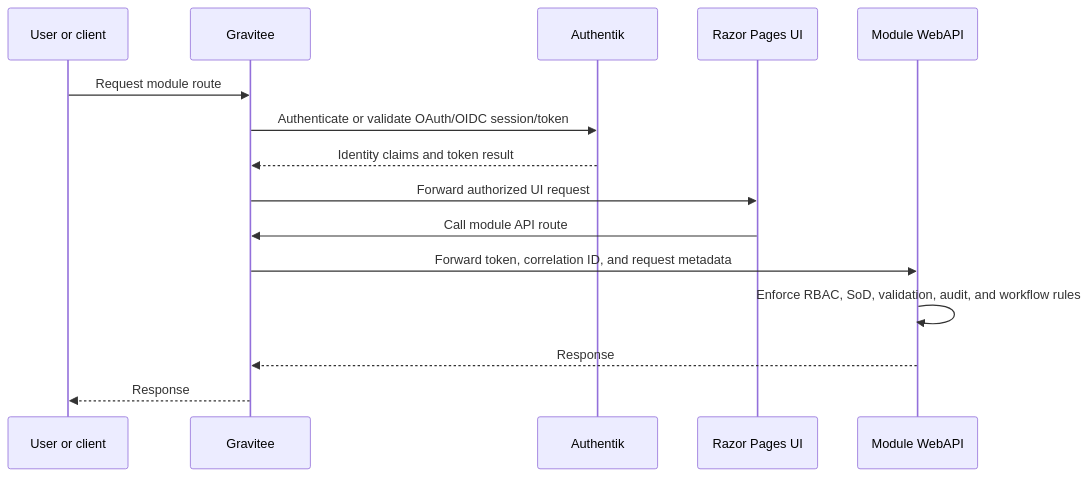
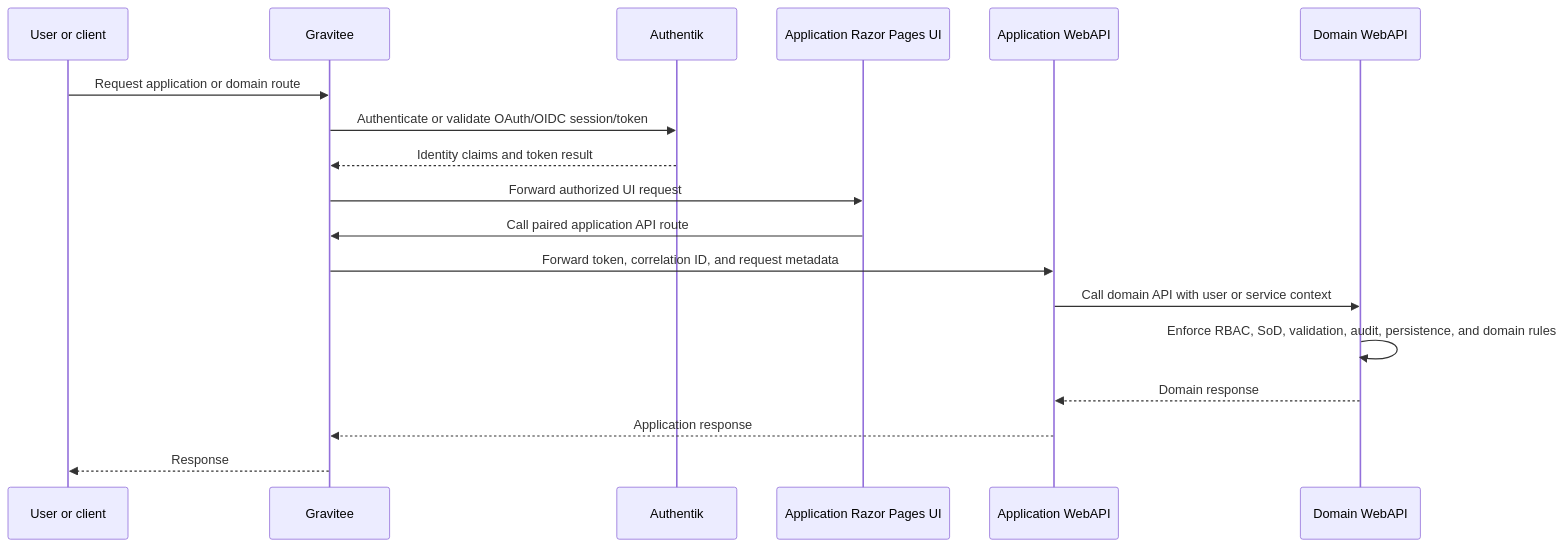
The diagram in docs/architecture/api-gateway-and-identity.md (ben-cottrell/acme-erp), drawn with Mermaid before and after one commit. The commit also changed other lines of this file and 34 other files, not shown here.

Commit message:
update architecture

````diff
--- a/docs/architecture/api-gateway-and-identity.md
+++ b/docs/architecture/api-gateway-and-identity.md
@@ -18,18 +18,21 @@
 ```mermaid
 sequenceDiagram
     participant User as User or client
     participant Gateway as Gravitee
     participant IdP as Authentik
-    participant UI as Razor Pages UI
-    participant API as Module WebAPI
+    participant UI as Application Razor Pages UI
+    participant AppAPI as Application WebAPI
+    participant DomainAPI as Domain WebAPI
 
-    User->>Gateway: Request module route
+    User->>Gateway: Request application or domain route
     Gateway->>IdP: Authenticate or validate OAuth/OIDC session/token
     IdP-->>Gateway: Identity claims and token result
     Gateway->>UI: Forward authorized UI request
-    UI->>Gateway: Call module API route
-    Gateway->>API: Forward token, correlation ID, and request metadata
-    API->>API: Enforce RBAC, SoD, validation, audit, and workflow rules
-    API-->>Gateway: Response
+    UI->>Gateway: Call paired application API route
+    Gateway->>AppAPI: Forward token, correlation ID, and request metadata
+    AppAPI->>DomainAPI: Call domain API with user or service context
+    DomainAPI->>DomainAPI: Enforce RBAC, SoD, validation, audit, persistence, and domain rules
+    DomainAPI-->>AppAPI: Domain response
+    AppAPI-->>Gateway: Application response
     Gateway-->>User: Response
 ```
````
